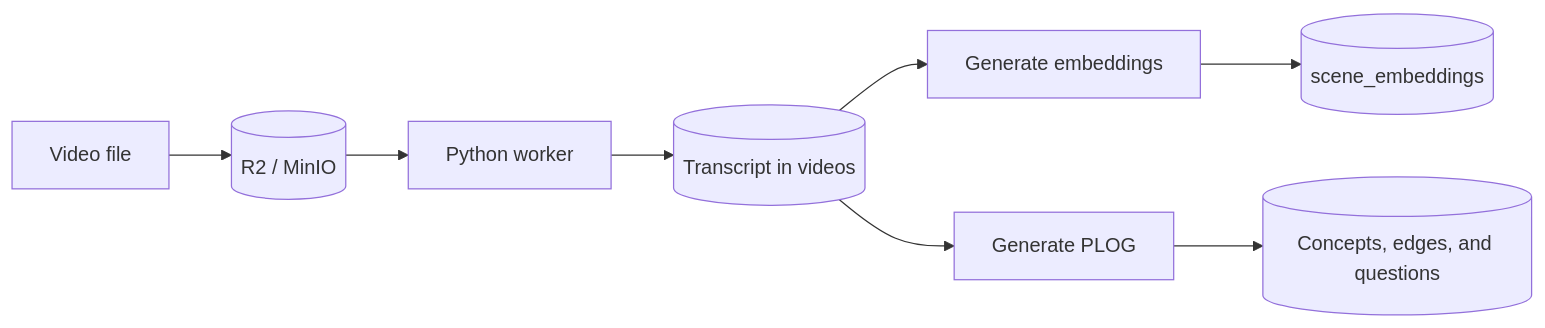
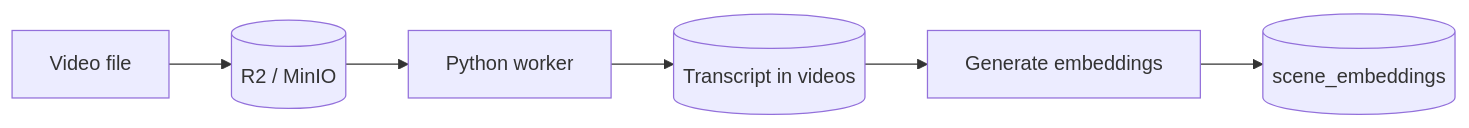
One commit to yukiharada1228/videoq changed the first of 2 diagrams in docs/database/data-flow-diagram.md. Above: the diagram before and after it, drawn with Mermaid. The commit also changed other lines of this file and 173 other files, not shown here.

````diff
--- a/docs/database/data-flow-diagram.md
+++ b/docs/database/data-flow-diagram.md
@@ -12,10 +12,8 @@
 ```mermaid
 flowchart LR
     File[Video file] --> Store[(R2 / MinIO)]
     Store --> Worker[Python worker]
     Worker --> Transcript[(Transcript in videos)]
     Transcript --> Index[Generate embeddings]
     Index --> Scenes[(scene_embeddings)]
-    Transcript --> Plog[Generate PLOG]
-    Plog --> Concepts[(Concepts, edges, and questions)]
 ```
````
